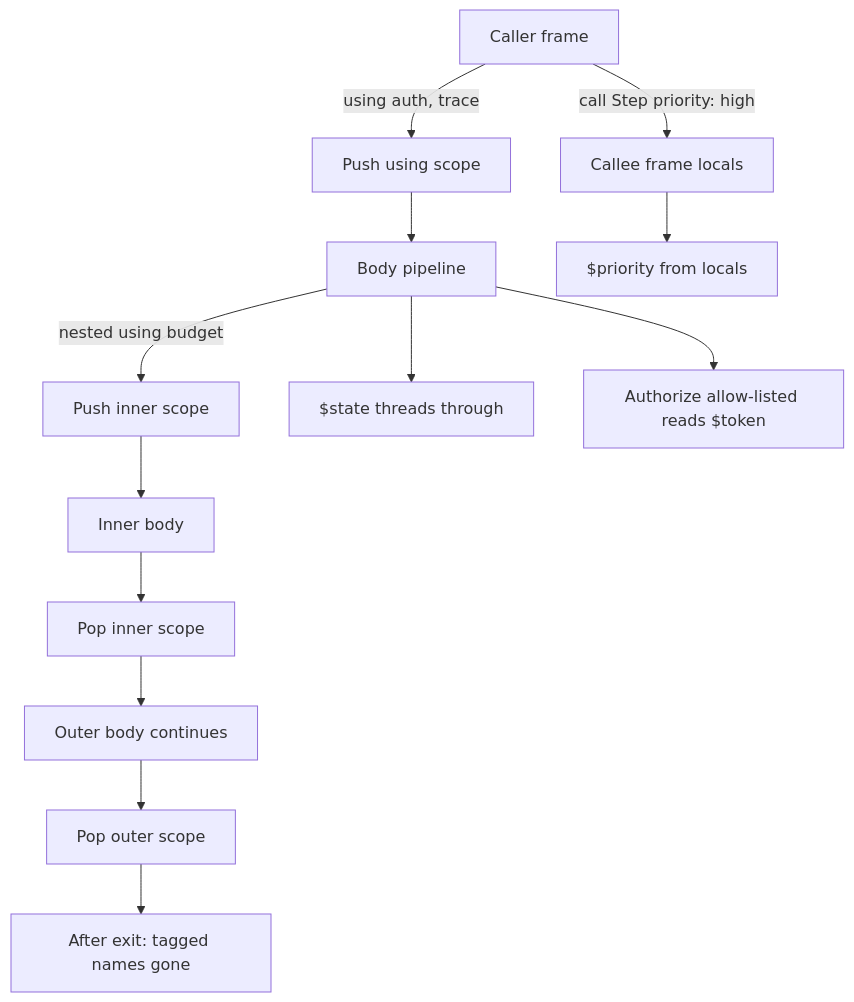
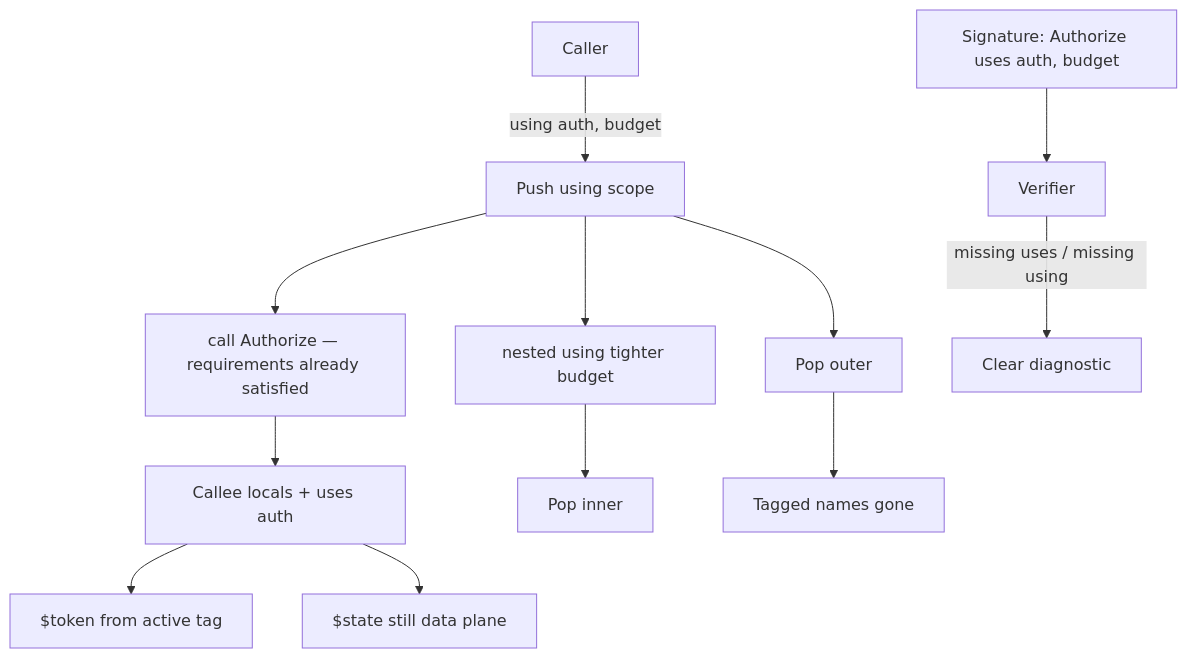
Before and after one commit to EntasisLabs/grapheme: the diagram in docs/internal/rfc/rfc-0004-params-and-tagged-vars-v1.md, drawn with Mermaid. The commit also changed other lines of this file, not shown here.

First line of the commit message:
Add RFC-0004 Part C for signature-embedded uses sugar

````diff
--- a/docs/internal/rfc/rfc-0004-params-and-tagged-vars-v1.md
+++ b/docs/internal/rfc/rfc-0004-params-and-tagged-vars-v1.md
@@ -595,15 +777,14 @@
 ```mermaid
 flowchart TD
-  A[Caller frame] -->|call Step priority: high| B[Callee frame locals]
-  A -->|using auth, trace| C[Push using scope]
-  C --> D[Body pipeline]
-  D -->|nested using budget| E[Push inner scope]
-  E --> F[Inner body]
-  F --> G[Pop inner scope]
-  G --> H[Outer body continues]
-  H --> I[Pop outer scope]
-  B --> J["$priority from locals"]
-  D --> K["$state threads through"]
-  D --> L[Authorize allow-listed reads $token]
-  I --> M[After exit: tagged names gone]
+  S["Signature: Authorize uses auth, budget"] --> V[Verifier]
+  A[Caller] -->|using auth, budget| C[Push using scope]
+  C --> D["call Authorize — requirements already satisfied"]
+  D --> B[Callee locals + uses auth]
+  B --> L["$token from active tag"]
+  C --> E[nested using tighter budget]
+  E --> F[Pop inner]
+  C --> I[Pop outer]
+  I --> M[Tagged names gone]
+  B --> K["$state still data plane"]
+  V -->|missing uses / missing using| X[Clear diagnostic]
 ```
````
